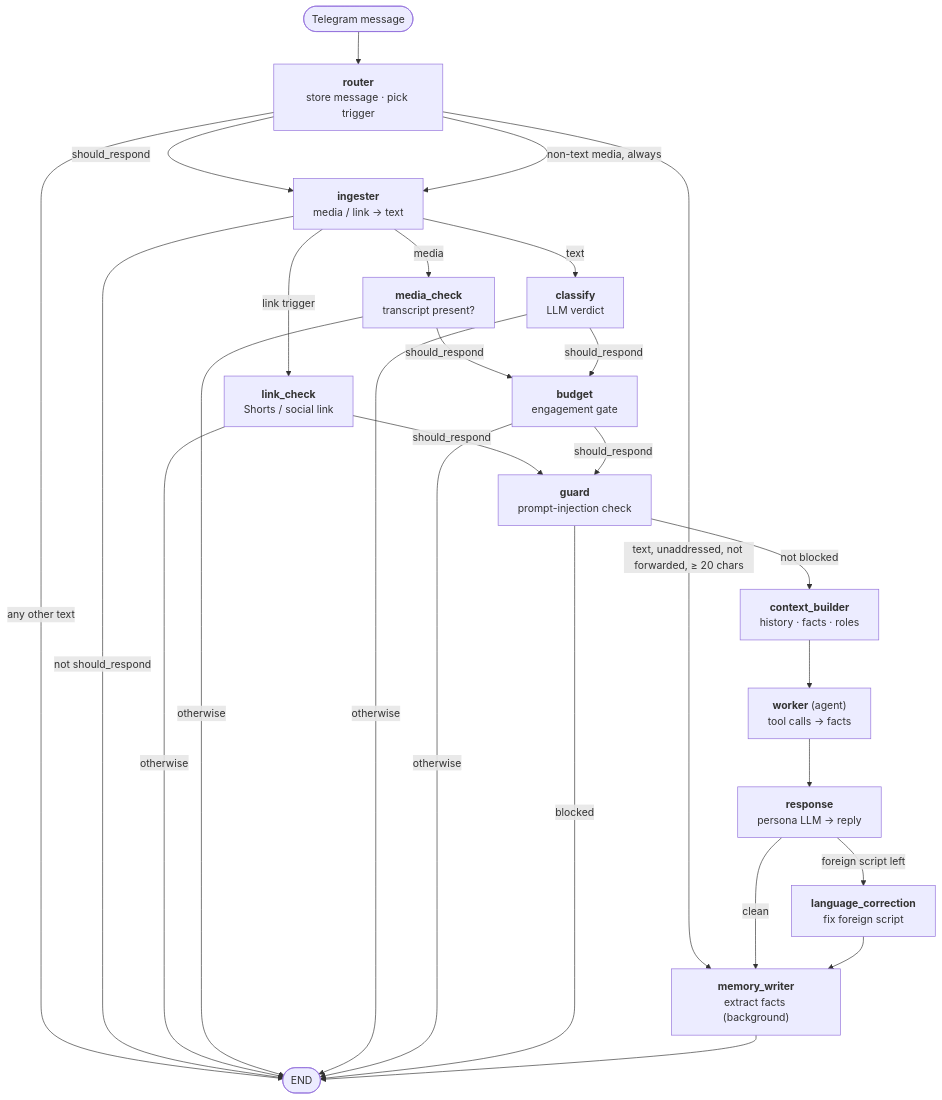
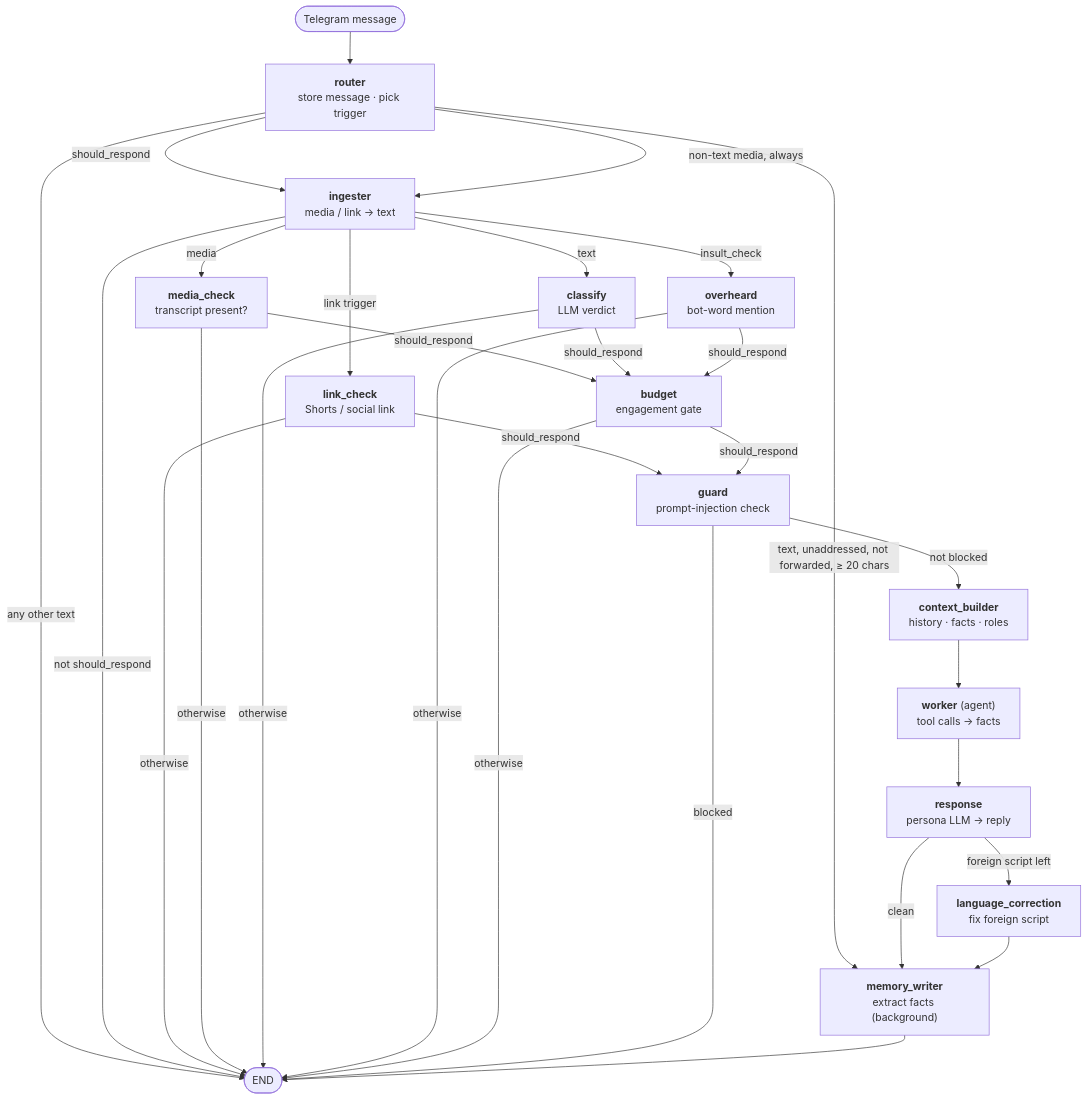
Before and after one commit to vsbaldeev/games-chatbot: the first of 10 diagrams in src/pipeline/README.md, drawn with Mermaid. The commit also changed other lines of this file and 7 other files, not shown here.

Commit message:
refactor: route overheard bot-word mentions to their own filter node

````diff
--- a/src/pipeline/README.md
+++ b/src/pipeline/README.md
@@ -13,46 +13,50 @@
 ```mermaid
 flowchart TD
     start(["Telegram message"]) --> router
 
     router["<b>router</b><br/>store message · pick trigger"]
     ingester["<b>ingester</b><br/>media / link → text"]
     link["<b>link_check</b><br/>Shorts / social link"]
     media["<b>media_check</b><br/>transcript present?"]
     classify["<b>classify</b><br/>LLM verdict"]
+    overheard["<b>overheard</b><br/>bot-word mention"]
     budget["<b>budget</b><br/>engagement gate"]
     guard["<b>guard</b><br/>prompt-injection check"]
     ctx["<b>context_builder</b><br/>history · facts · roles"]
     worker["<b>worker</b> (agent)<br/>tool calls → facts"]
     response["<b>response</b><br/>persona LLM → reply"]
     lang["<b>language_correction</b><br/>fix foreign script"]
     memory["<b>memory_writer</b><br/>extract facts (background)"]
     stop(["END"])
 
     router -->|"should_respond"| ingester
     router -->|"non-text media, always"| ingester
     router -->|"text, unaddressed, not forwarded, ≥ 20 chars"| memory
     router -->|"any other text"| stop
 
     ingester -->|"link trigger"| link
     ingester -->|"media"| media
     ingester -->|"text"| classify
+    ingester -->|"insult_check"| overheard
     ingester -->|"not should_respond"| stop
 
     link -->|"should_respond"| guard
     media -->|"should_respond"| budget
     classify -->|"should_respond"| budget
+    overheard -->|"should_respond"| budget
     budget -->|"should_respond"| guard
     link -->|"otherwise"| stop
     media -->|"otherwise"| stop
     classify -->|"otherwise"| stop
+    overheard -->|"otherwise"| stop
     budget -->|"otherwise"| stop
 
     guard -->|"not blocked"| ctx
     guard -->|"blocked"| stop
 
     ctx --> worker --> response
     response -->|"foreign script left"| lang
     response -->|"clean"| memory
     lang --> memory
     memory --> stop
 ```
````
